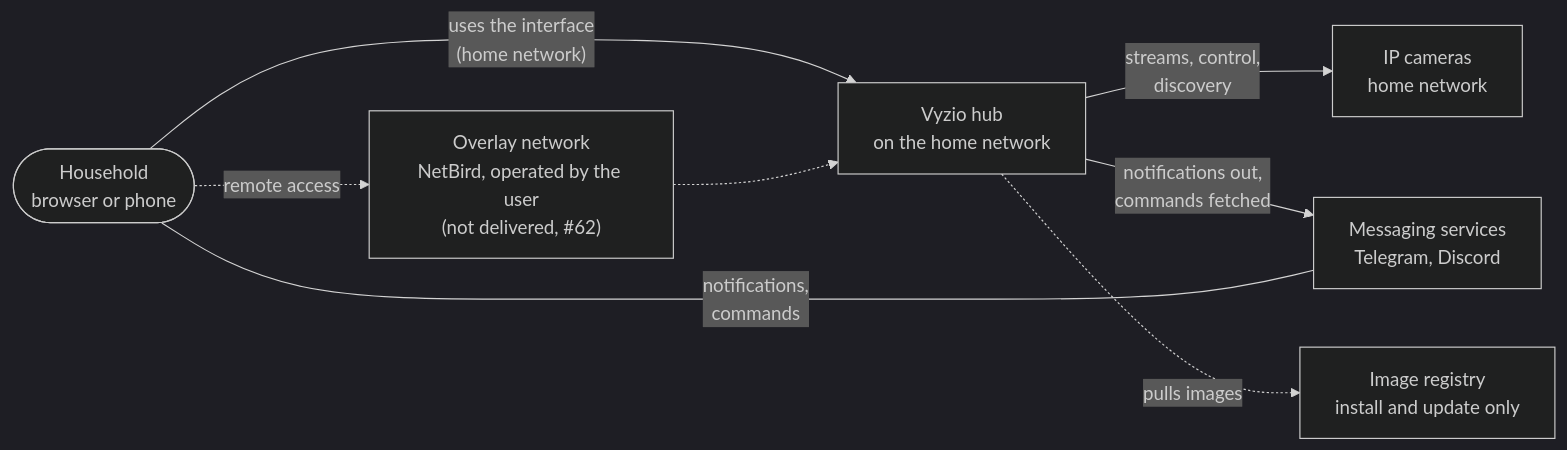
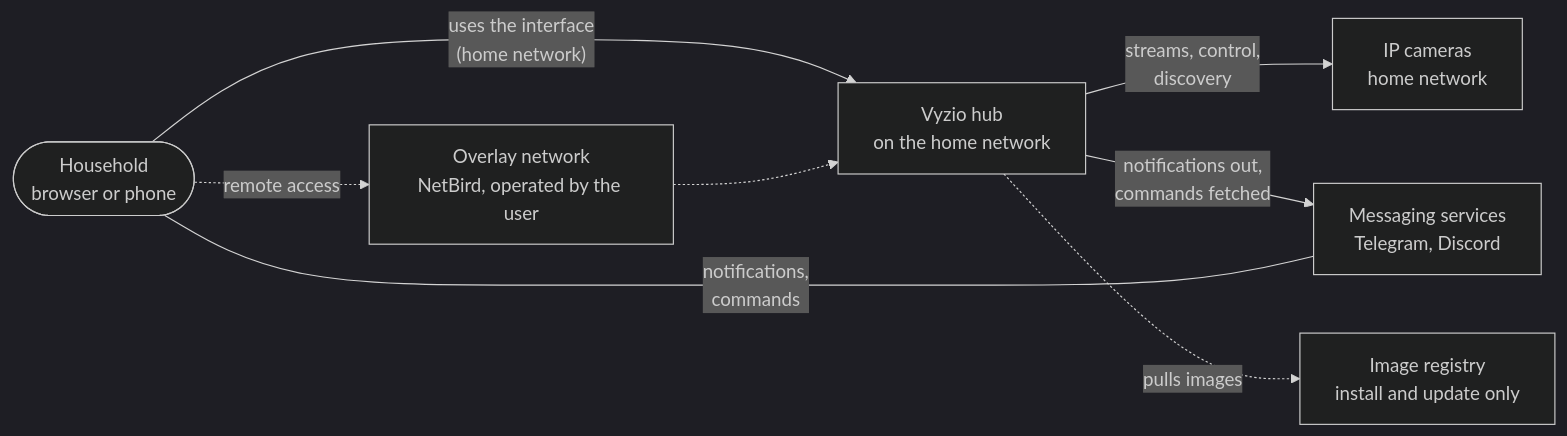
Before and after one commit to KelianS/vyzio: the first of 6 diagrams in docs/SAD.md, drawn with Mermaid (dark theme). The commit also changed other lines of this file and 9 other files, not shown here.

````diff
--- a/docs/SAD.md
+++ b/docs/SAD.md
@@ -29,16 +29,16 @@
 ```mermaid
 flowchart LR
     user(["Household<br/>browser or phone"])
     vyzio["Vyzio hub<br/>on the home network"]
     cams["IP cameras<br/>home network"]
     chan["Messaging services<br/>Telegram, Discord"]
-    overlay["Overlay network<br/>NetBird, operated by the user<br/>(not delivered, #62)"]
+    overlay["Overlay network<br/>NetBird, operated by the user"]
     registry["Image registry<br/>install and update only"]
 
     user -- "uses the interface<br/>(home network)" --> vyzio
     vyzio -- "streams, control,<br/>discovery" --> cams
     vyzio -- "notifications out,<br/>commands fetched" --> chan
     chan -- "notifications,<br/>commands" --- user
     user -. "remote access" .-> overlay -.-> vyzio
     vyzio -. "pulls images" .-> registry
 ```
````
